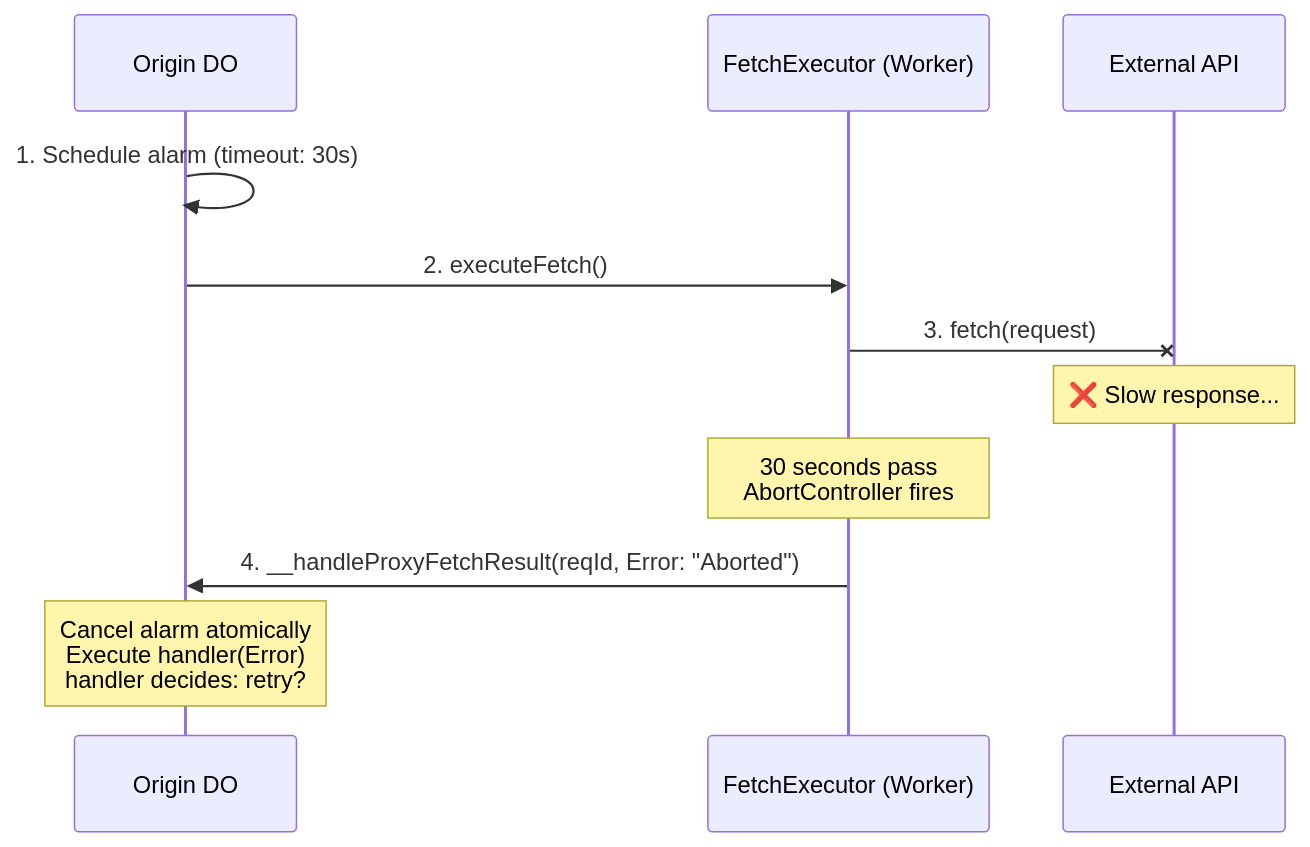
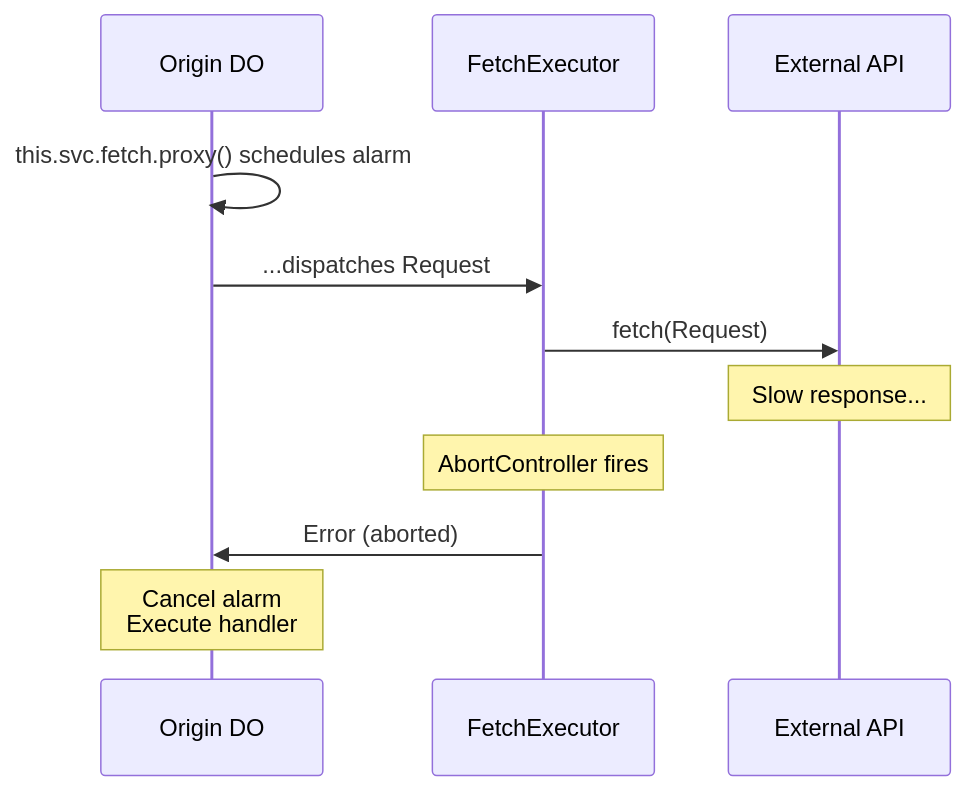
The third of 4 diagrams in website/docs/fetch/architecture-and-failure-modes.mdx (lumenize/lumenize), drawn with Mermaid before and after one commit. The commit also changed other lines of this file and 384 other files, not shown here.

````diff
--- a/website/docs/fetch/architecture-and-failure-modes.mdx
+++ b/website/docs/fetch/architecture-and-failure-modes.mdx
@@ -372,17 +61,16 @@
-```mermaid @skip-check
+```mermaid
 sequenceDiagram
     participant Origin as Origin DO
-    participant Exec as FetchExecutor (Worker)
+    participant Exec as FetchExecutor
     participant API as External API
 
-    Origin->>Origin: 1. Schedule alarm (timeout: 30s)
-    Origin->>Exec: 2. executeFetch()
-    
-    Exec-xAPI: 3. fetch(request)
-    Note over API: ❌ Slow response...
-    
-    Note over Exec: 30 seconds pass<br/>AbortController fires
-    
-    Exec->>Origin: 4. __handleProxyFetchResult(reqId, Error: "Aborted")
-    Note over Origin: Cancel alarm atomically<br/>Execute handler(Error)<br/>handler decides: retry?
+    Origin->>Origin: this.svc.fetch.proxy() schedules alarm
+    Origin->>Exec: ...dispatches Request
+
+    Exec->>API: fetch(Request)
+    Note over API: Slow response...
+    Note over Exec: AbortController fires
+
+    Exec->>Origin: Error (aborted)
+    Note over Origin: Cancel alarm<br/>Execute handler
 ```
````
